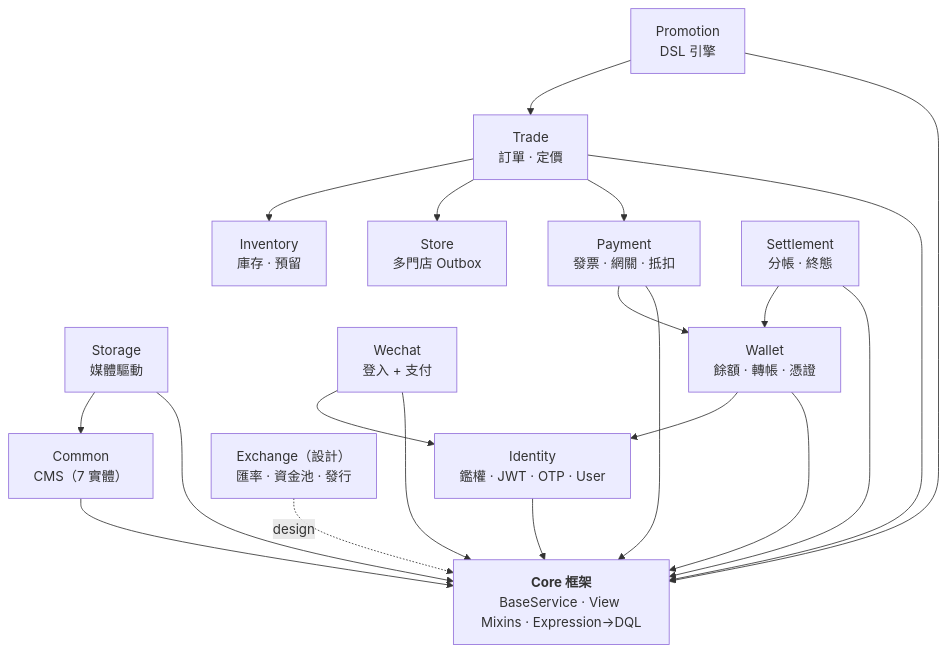
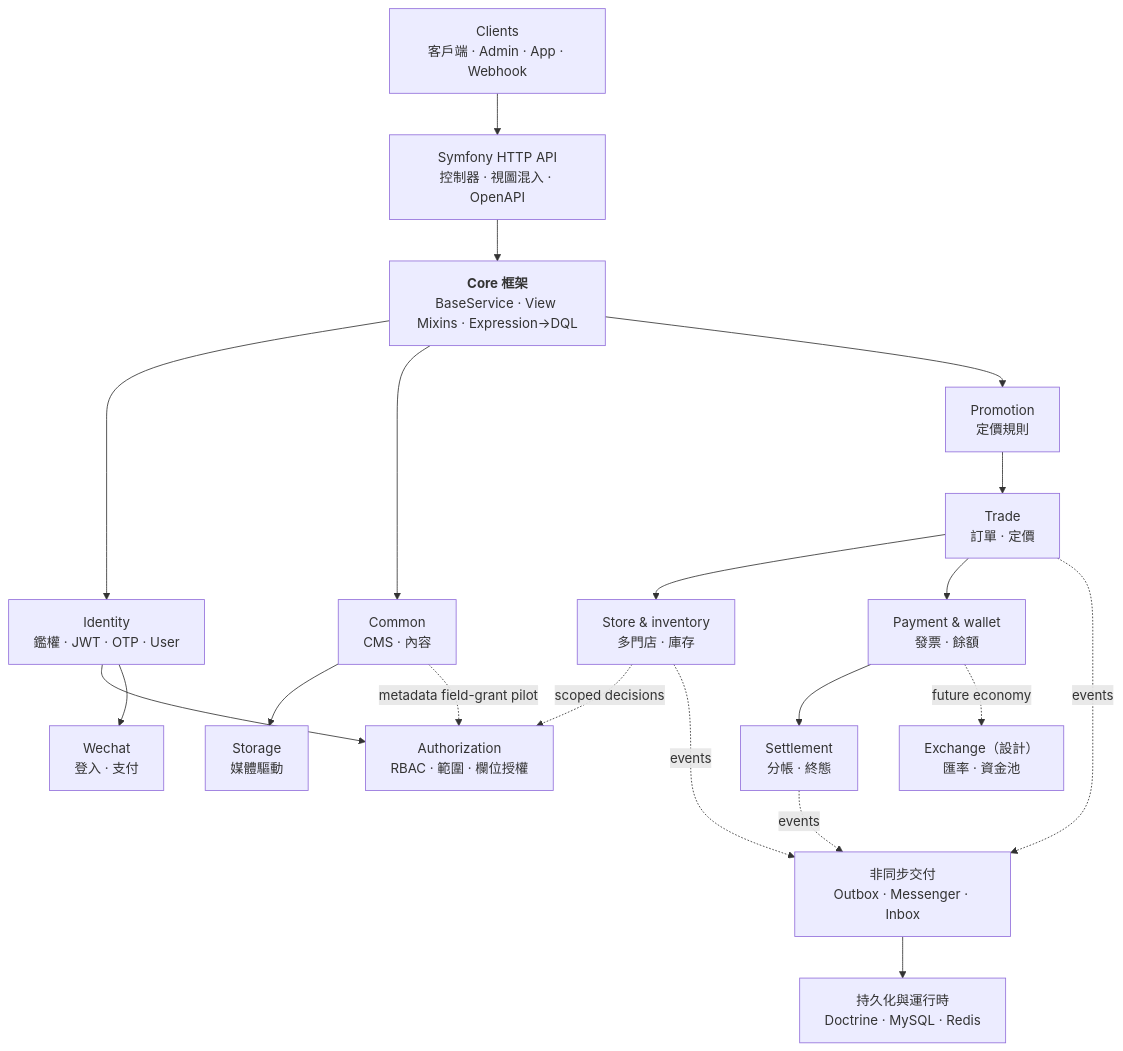
The first of 3 diagrams in README.zh-hant.md (dream-studio-china/edc-online-membership), drawn with Mermaid before and after one commit. The commit also changed other lines of this file and 169 other files, not shown here.

````diff
--- a/README.zh-hant.md
+++ b/README.zh-hant.md
@@ -13,37 +13,38 @@
 ```mermaid
 flowchart TB
+    Client["Clients<br/>客戶端 · Admin · App · Webhook"]
+    Api["Symfony HTTP API<br/>控制器 · 視圖混入 · OpenAPI"]
     Core["<b>Core 框架</b><br/>BaseService · View Mixins · Expression→DQL"]
 
     Identity["Identity<br/>鑑權 · JWT · OTP · User"]
-    Common["Common<br/>CMS（7 實體）"]
+    Authorization["Authorization<br/>RBAC · 範圍 · 欄位授權"]
+    Common["Common<br/>CMS · 內容"]
     Storage["Storage<br/>媒體驅動"]
-    Wechat["Wechat<br/>登入 + 支付"]
-    Wallet["Wallet<br/>餘額 · 轉帳 · 憑證"]
-    Payment["Payment<br/>發票 · 網關 · 抵扣"]
+    Promotion["Promotion<br/>定價規則"]
     Trade["Trade<br/>訂單 · 定價"]
-    Store["Store<br/>多門店 Outbox"]
-    Inventory["Inventory<br/>庫存 · 預留"]
-    Promotion["Promotion<br/>DSL 引擎"]
+    Fulfilment["Store & inventory<br/>多門店 · 庫存"]
+    Payments["Payment & wallet<br/>發票 · 餘額"]
+    Wechat["Wechat<br/>登入 · 支付"]
     Settlement["Settlement<br/>分帳 · 終態"]
-    Exchange["Exchange（設計）<br/>匯率 · 資金池 · 發行"]
+    Exchange["Exchange（設計）<br/>匯率 · 資金池"]
+    Messaging["非同步交付<br/>Outbox · Messenger · Inbox"]
+    Persistence["持久化與運行時<br/>Doctrine · MySQL · Redis"]
 
-    Identity --> Core
-    Common --> Core
-    Storage --> Core
-    Storage --> Common
-    Wechat --> Core
-    Wechat --> Identity
-    Wallet --> Core
-    Wallet --> Identity
-    Payment --> Core
-    Payment --> Wallet
-    Trade --> Core
-    Trade --> Payment
-    Trade --> Store
-    Trade --> Inventory
-    Promotion --> Core
+    Client --> Api --> Core
+    Core --> Identity
+    Core --> Common
+    Core --> Promotion
+    Identity --> Authorization
+    Identity --> Wechat
+    Common --> Storage
+    Common -. "metadata field-grant pilot" .-> Authorization
     Promotion --> Trade
-    Settlement --> Core
-    Settlement --> Wallet
-    Exchange -. "design" .-> Core
+    Trade --> Fulfilment
+    Trade --> Payments --> Settlement
+    Fulfilment -. "scoped decisions" .-> Authorization
+    Payments -. "future economy" .-> Exchange
+    Trade -. events .-> Messaging
+    Fulfilment -. events .-> Messaging
+    Settlement -. events .-> Messaging
+    Messaging --> Persistence
 ```
````
